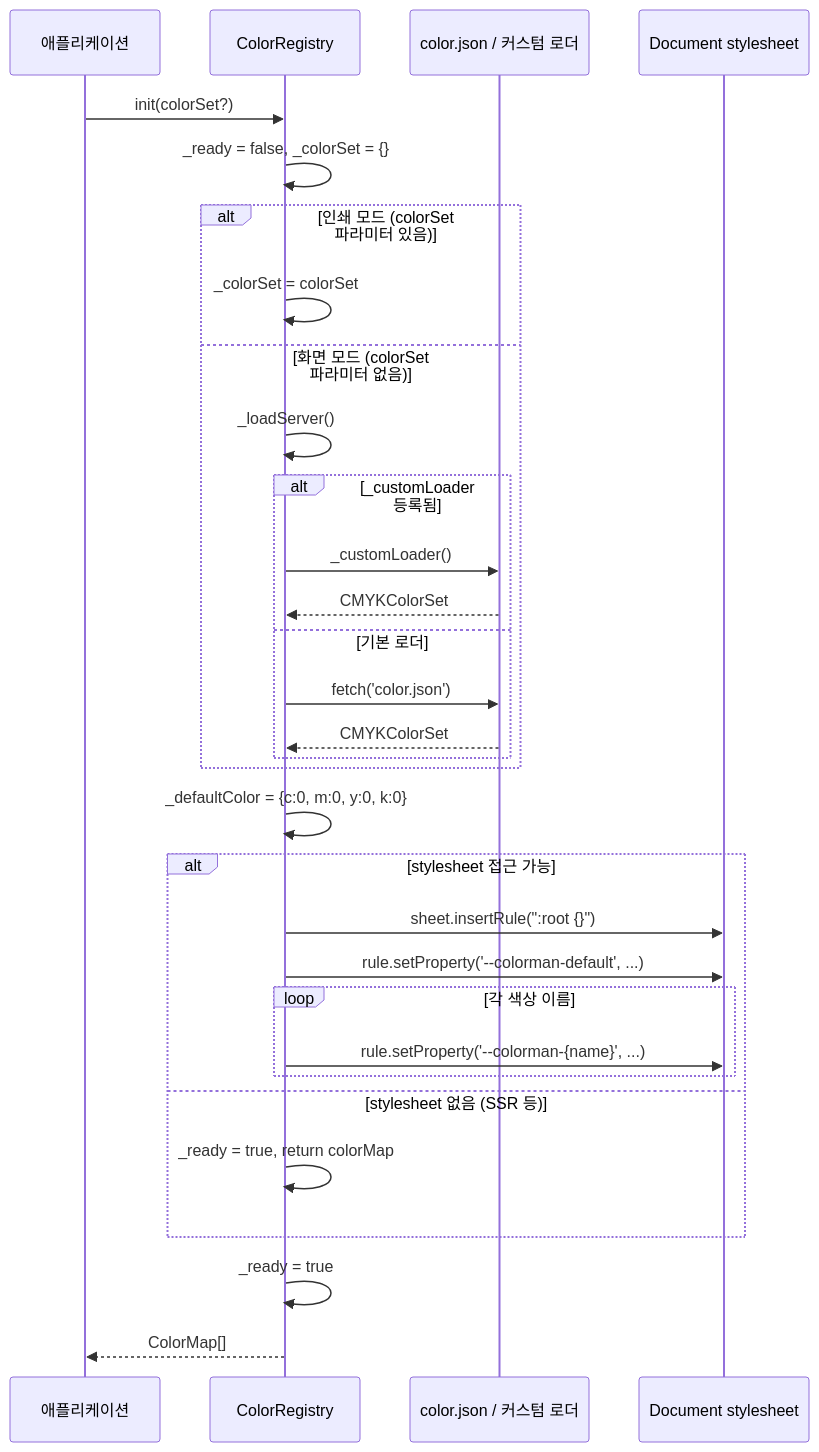
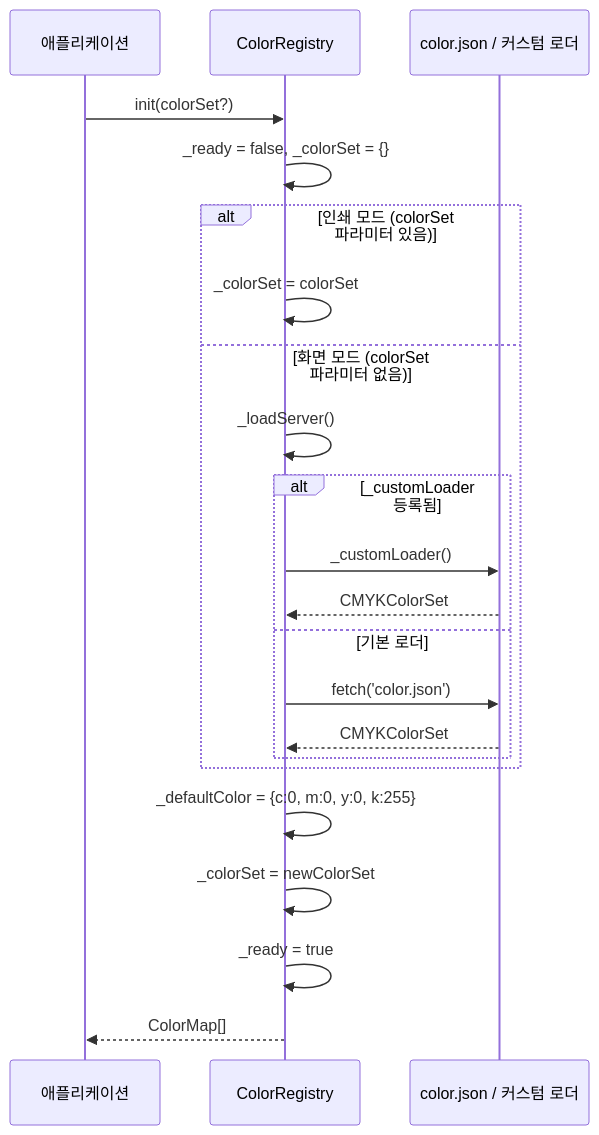
The third of 5 diagrams in docs/RESOURCE.md (kyiimn/layout-element), drawn with Mermaid before and after one commit. The commit also changed other lines of this file and 1 other file, not shown here.

````diff
--- a/docs/RESOURCE.md
+++ b/docs/RESOURCE.md
@@ -245,38 +253,27 @@
 ```mermaid
 sequenceDiagram
     participant App as 애플리케이션
     participant CR as ColorRegistry
     participant Server as color.json / 커스텀 로더
-    participant DOM as Document stylesheet
 
     App->>CR: init(colorSet?)
     CR->>CR: _ready = false, _colorSet = {}
 
     alt 인쇄 모드 (colorSet 파라미터 있음)
         CR->>CR: _colorSet = colorSet
     else 화면 모드 (colorSet 파라미터 없음)
         CR->>CR: _loadServer()
         alt _customLoader 등록됨
             CR->>Server: _customLoader()
             Server-->>CR: CMYKColorSet
         else 기본 로더
             CR->>Server: fetch('color.json')
             Server-->>CR: CMYKColorSet
         end
     end
 
-    CR->>CR: _defaultColor = {c:0, m:0, y:0, k:0}
-
-    alt stylesheet 접근 가능
-        CR->>DOM: sheet.insertRule(":root {}")
-        CR->>DOM: rule.setProperty('--colorman-default', ...)
-        loop 각 색상 이름
-            CR->>DOM: rule.setProperty('--colorman-{name}', ...)
-        end
-    else stylesheet 없음 (SSR 등)
-        CR->>CR: _ready = true, return colorMap
-    end
-
+    CR->>CR: _defaultColor = {c:0, m:0, y:0, k:255}
+    CR->>CR: _colorSet = newColorSet
     CR->>CR: _ready = true
     CR-->>App: ColorMap[]
 ```
````
